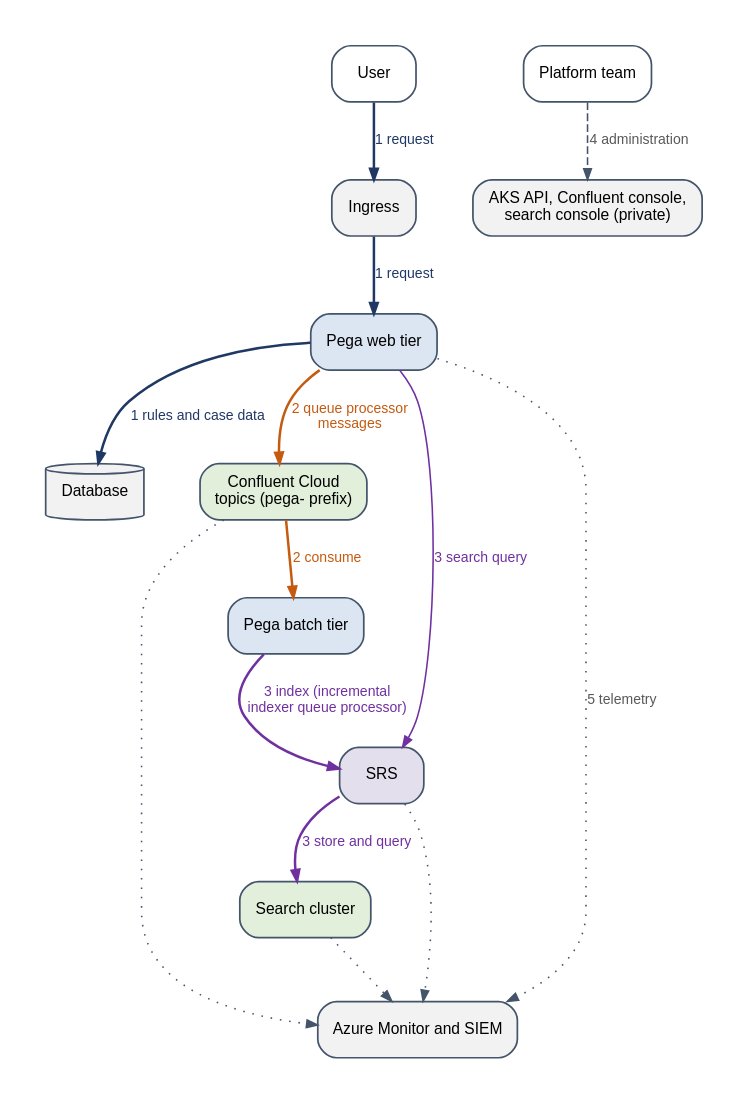
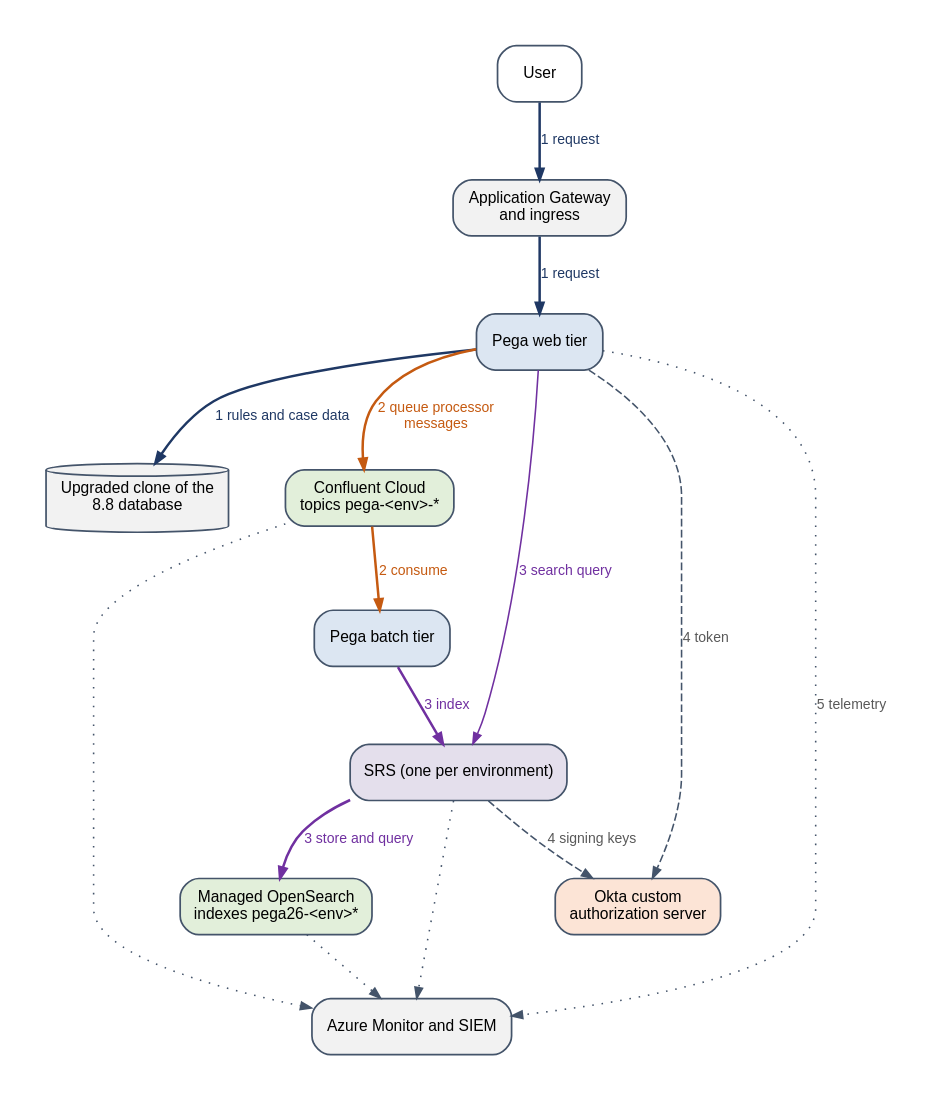
The diagram in runbook/img/generated/fig_logical_flows.dot (ravislr-beep/Sukoon), drawn with Graphviz before and after one commit. The commit also changed 74 other files, not shown here.

Commit message:
Add naming, Helm values and reference sources for the clone-and-upgrade runbook; regenerate diagrams

```diff
--- a/runbook/img/generated/fig_logical_flows.dot
+++ b/runbook/img/generated/fig_logical_flows.dot
@@ -1,33 +1,31 @@
 digraph G {
 
   graph [fontname="Liberation Sans", fontsize=11, bgcolor="white", pad="0.3", nodesep="0.35", ranksep="0.45", fontcolor="#1F3864"];
   node  [fontname="Liberation Sans", fontsize=10, shape=box, style="rounded,filled", fillcolor="white", color="#44546A", penwidth=1.1, margin="0.14,0.07"];
   edge  [fontname="Liberation Sans", fontsize=9, color="#44546A", fontcolor="#595959", arrowsize=0.7, penwidth=1.0];
 
 
   rankdir=TB; nodesep=0.5; ranksep=0.55;
   u [label="User", shape=box, style="rounded"];
-  ing [label="Ingress", fillcolor="#F2F2F2"];
+  ing [label="Application Gateway\nand ingress", fillcolor="#F2F2F2"];
   web [label="Pega web tier", fillcolor="#DCE6F2"];
   bat [label="Pega batch tier", fillcolor="#DCE6F2"];
-  db [label="Database", shape=cylinder, style=filled, fillcolor="#F2F2F2"];
-  k [label="Confluent Cloud\ntopics (pega- prefix)", fillcolor="#E2EFDA"];
-  srs [label="SRS", fillcolor="#E4DFEC"];
-  os [label="Search cluster", fillcolor="#E2EFDA"];
-  ops [label="Platform team", shape=box, style="rounded"];
-  ctl [label="AKS API, Confluent console,\nsearch console (private)", fillcolor="#F2F2F2"];
+  db [label="Upgraded clone of the\n8.8 database", shape=cylinder, style=filled, fillcolor="#F2F2F2"];
+  k [label="Confluent Cloud\ntopics pega-<env>-*", fillcolor="#E2EFDA"];
+  srs [label="SRS (one per environment)", fillcolor="#E4DFEC"];
+  os [label="Managed OpenSearch\nindexes pega26-<env>*", fillcolor="#E2EFDA"];
+  okta [label="Okta custom\nauthorization server", fillcolor="#FCE4D6"];
   mon [label="Azure Monitor and SIEM", fillcolor="#F2F2F2"];
   u -> ing -> web [label="1 request", color="#1F3864", fontcolor="#1F3864", penwidth=1.6];
   web -> db [label="1 rules and case data", color="#1F3864", fontcolor="#1F3864", penwidth=1.6];
   web -> k [label="2 queue processor\nmessages", color="#C55A11", fontcolor="#C55A11", penwidth=1.6];
   k -> bat [label="2 consume", color="#C55A11", fontcolor="#C55A11", penwidth=1.6];
-  bat -> srs [label="3 index (incremental\nindexer queue processor)", color="#7030A0", fontcolor="#7030A0", penwidth=1.6];
+  bat -> srs [label="3 index", color="#7030A0", fontcolor="#7030A0", penwidth=1.6];
   web -> srs [label="3 search query", color="#7030A0", fontcolor="#7030A0"];
   srs -> os [label="3 store and query", color="#7030A0", fontcolor="#7030A0", penwidth=1.6];
-  ops -> ctl [label="4 administration", style=dashed];
+  web -> okta [label="4 token", style=dashed];
+  srs -> okta [label="4 signing keys", style=dashed];
   web -> mon [label="5 telemetry", style=dotted];
-  srs -> mon [style=dotted];
-  k -> mon [style=dotted];
-  os -> mon [style=dotted];
+  srs -> mon [style=dotted]; k -> mon [style=dotted]; os -> mon [style=dotted];
 
 }
```
